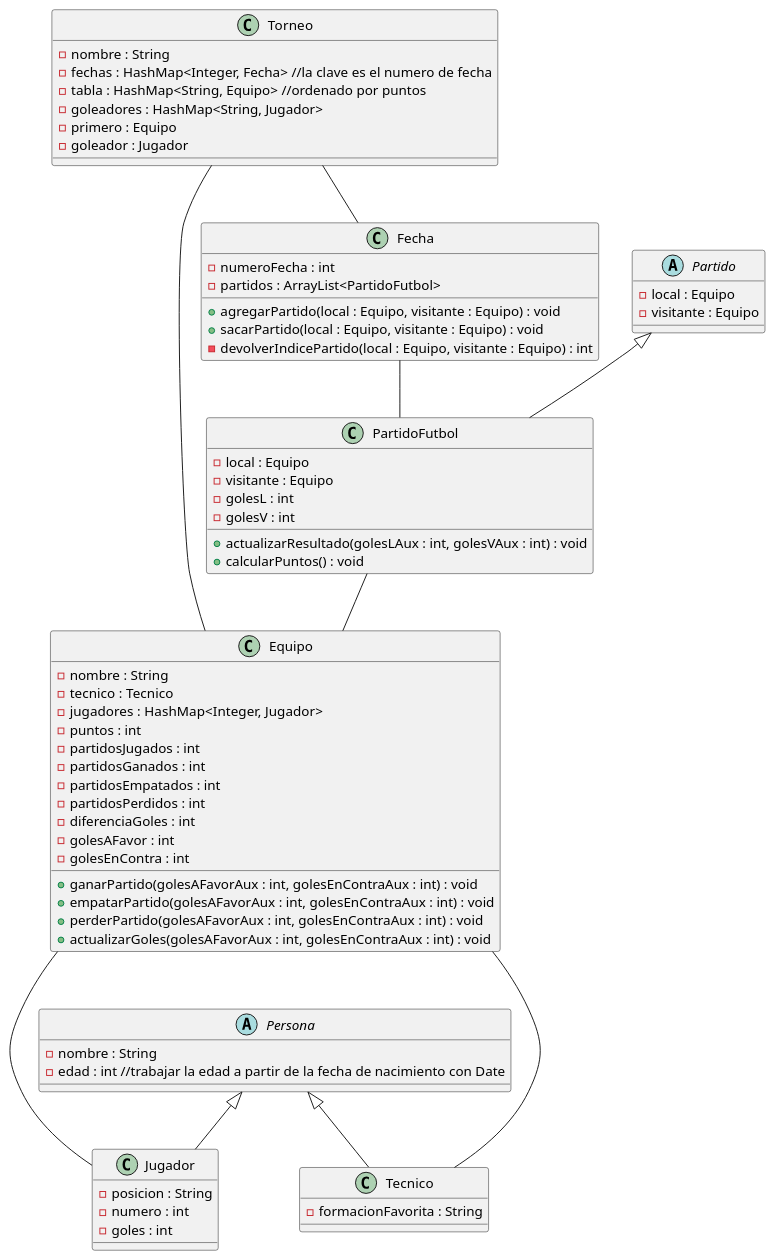
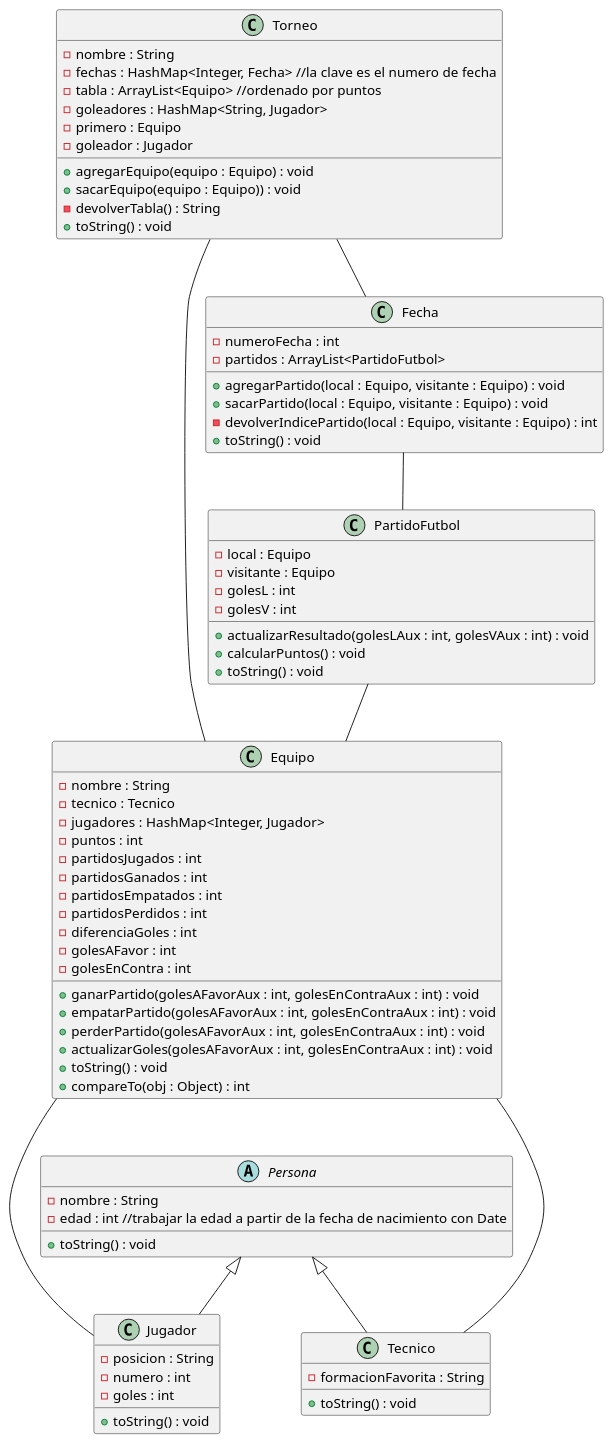
The diagram in out/production/appTorneo/Diagrama de clases.puml (agustinrojass/appTorneo), drawn with PlantUML before and after one commit. The commit also changed 6 other files, not shown here.

```diff
--- a/out/production/appTorneo/Diagrama de clases.puml
+++ b/out/production/appTorneo/Diagrama de clases.puml
@@ -1,64 +1,71 @@
 @startuml
 Torneo -- Equipo
 Torneo -- Fecha
 Fecha -- PartidoFutbol
 PartidoFutbol -- Equipo
 Equipo --- Jugador
 Equipo --- Tecnico
 class Torneo {
     - nombre : String
     - fechas : HashMap<Integer, Fecha> //la clave es el numero de fecha
-    - tabla : HashMap<String, Equipo> //ordenado por puntos
+    - tabla : ArrayList<Equipo> //ordenado por puntos
     - goleadores : HashMap<String, Jugador>
     - primero : Equipo
     - goleador : Jugador
+    + agregarEquipo(equipo : Equipo) : void
+    + sacarEquipo(equipo : Equipo)) : void
+    - devolverTabla() : String
+    + toString() : void
 }
 class Fecha {
     - numeroFecha : int
     - partidos : ArrayList<PartidoFutbol>
     + agregarPartido(local : Equipo, visitante : Equipo) : void
     + sacarPartido(local : Equipo, visitante : Equipo) : void
     - devolverIndicePartido(local : Equipo, visitante : Equipo) : int
+    + toString() : void
 }
-abstract class Partido {
-    - local : Equipo
-    - visitante : Equipo
-}
-class PartidoFutbol extends Partido {
+class PartidoFutbol {
     - local : Equipo
     - visitante : Equipo
     - golesL : int
     - golesV : int
     + actualizarResultado(golesLAux : int, golesVAux : int) : void
     + calcularPuntos() : void
+    + toString() : void
 }
 class Equipo {
     - nombre : String
     - tecnico : Tecnico
     - jugadores : HashMap<Integer, Jugador>
     - puntos : int
     - partidosJugados : int
     - partidosGanados : int
     - partidosEmpatados : int
     - partidosPerdidos : int
     - diferenciaGoles : int
     - golesAFavor : int
     - golesEnContra : int
     + ganarPartido(golesAFavorAux : int, golesEnContraAux : int) : void
     + empatarPartido(golesAFavorAux : int, golesEnContraAux : int) : void
     + perderPartido(golesAFavorAux : int, golesEnContraAux : int) : void
     + actualizarGoles(golesAFavorAux : int, golesEnContraAux : int) : void
+    + toString() : void
+    + compareTo(obj : Object) : int
 }
 abstract class Persona {
     - nombre : String
     - edad : int //trabajar la edad a partir de la fecha de nacimiento con Date
+    + toString() : void
 }
 class Jugador extends Persona {
     - posicion : String
     - numero : int
     - goles : int
+    + toString() : void
 }
 class Tecnico extends Persona {
     - formacionFavorita : String
+    + toString() : void
 }
 @enduml
```
